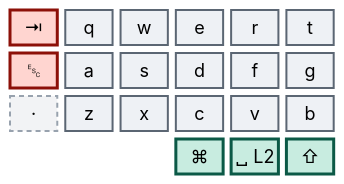
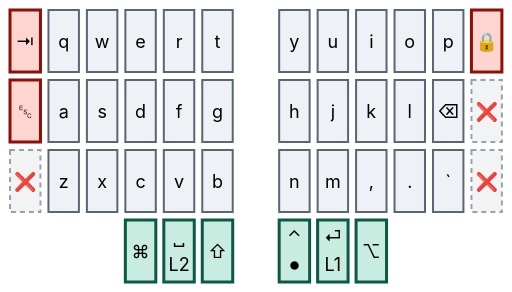
Before and after one commit to abloch/zmk-corne: the first of 6 diagrams in README.md, drawn with Mermaid. The commit also changed other lines of this file, not shown here.

First line of the commit message:
Redraw the README layer maps as single side-by-side diagrams

````diff
--- a/README.md
+++ b/README.md
@@ -38,20 +36,20 @@
 ```mermaid
 %%{init: {'theme':'base','themeVariables':{'primaryColor':'#eef1f5','primaryTextColor':'#0b0f14','primaryBorderColor':'#5b6673','nodeTextColor':'#0b0f14','textColor':'#0b0f14','mainBkg':'#eef1f5','fontSize':'18px'}}}%%
 block
-columns 6
+columns 13
 
-  tab["⇥"] q w e r t
-  esc["␛"] a s d f g
-  xa["·"] z x c v b
-  space:3 cmd["⌘"] spc["␣ L2"] sft["⇧"]
+  tab["⇥"] q w e r t space y u i o p lock["🔒"]
+  esc["␛"] a s d f g space h j k l bspc["⌫"] x1["❌"]
+  x2["❌"] z x c v b space n m cma[","] dot["."] grv[" `"] x3["❌"]
+  space:3 cmd["⌘"] spc["␣<br/>L2"] sft["⇧"] space ctl["⌃<br/>⏺"] ent["⏎<br/>L1"] alt["⌥"] space:3
 
   classDef core fill:#eef1f5,stroke:#5b6673,stroke-width:2px,color:#0b0f14
   classDef thumb fill:#c8ece0,stroke:#0b5946,stroke-width:3px,color:#06241c
   classDef doomed fill:#ffd5d0,stroke:#8c1008,stroke-width:3px,color:#3d0603
   classDef dead fill:#f2f3f5,stroke:#98a2ae,stroke-width:2px,stroke-dasharray:5 4,color:#5b6673
 
-  class q,w,e,r,t,a,s,d,f,g,z,x,c,v,b core
-  class cmd,spc,sft thumb
-  class tab,esc doomed
-  class xa dead
+  class q,w,e,r,t,a,s,d,f,g,z,x,c,v,b,y,u,i,o,p,h,j,k,l,bspc,n,m,cma,dot,grv core
+  class cmd,spc,sft,ctl,ent,alt thumb
+  class tab,esc,lock doomed
+  class x1,x2,x3 dead
 ```
````
